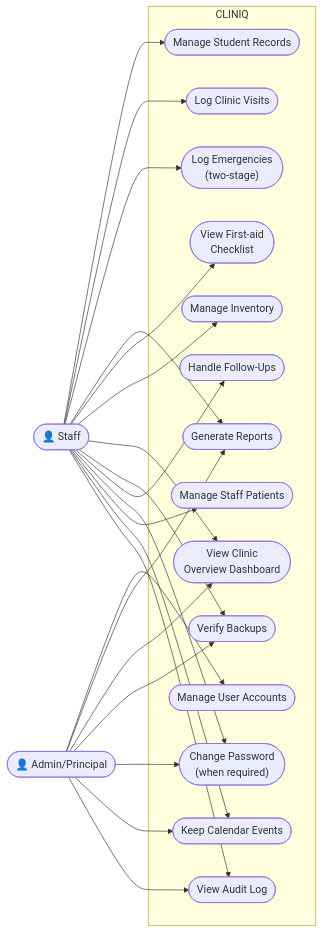
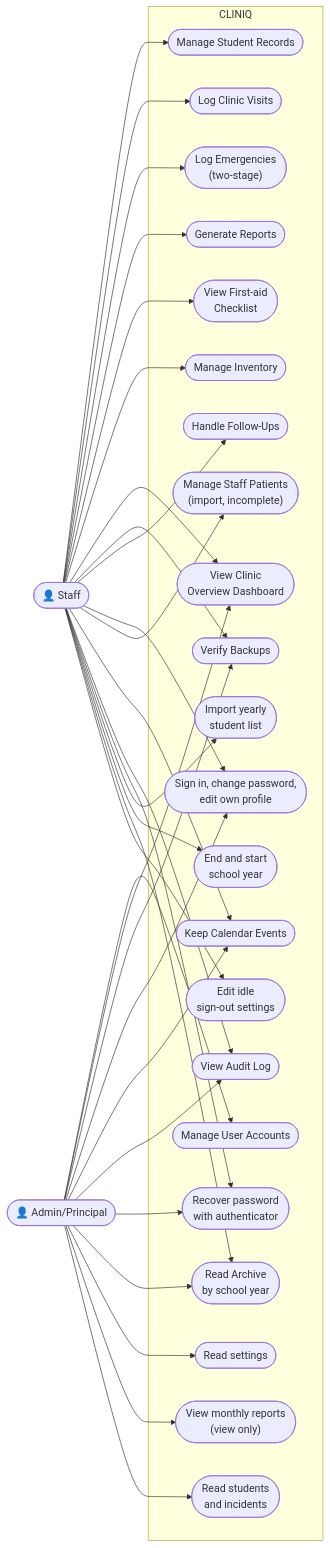
Before and after one commit to zekuuu/cliniq: the diagram in CLINIQ-Knowledge-Base/02-Architecture/Database/Use-Case-Diagram.md, drawn with Mermaid. The commit also changed other lines of this file and 74 other files, not shown here.

Commit message:
docs(diagrams): updated and new diagrams with SVG and PNG exports

````diff
--- a/CLINIQ-Knowledge-Base/02-Architecture/Database/Use-Case-Diagram.md
+++ b/CLINIQ-Knowledge-Base/02-Architecture/Database/Use-Case-Diagram.md
@@ -7,25 +7,33 @@
 ```mermaid
 flowchart LR
     STAFF(["👤 Staff"])
     ADMIN(["👤 Admin/Principal"])
 
     subgraph System["CLINIQ"]
         UC1(["Manage User Accounts"])
         UC2(["Manage Student Records"])
         UC3(["Log Clinic Visits"])
         UC4(["Log Emergencies<br/>(two-stage)"])
         UC5(["Generate Reports"])
         UC7(["View First-aid<br/>Checklist"])
         UC8(["Manage Inventory"])
         UC9(["View Clinic<br/>Overview Dashboard"])
         UC10(["Verify Backups"])
         UC11(["Handle Follow-Ups"])
-        UC12(["Change Password<br/>(when required)"])
-        UC13(["Manage Staff Patients"])
+        UC12(["Sign in, change password,<br/>edit own profile"])
+        UC13(["Manage Staff Patients<br/>(import, incomplete)"])
         UC14(["Keep Calendar Events"])
         UC15(["View Audit Log"])
+        UC16(["Recover password<br/>with authenticator"])
+        UC17(["Import yearly<br/>student list"])
+        UC18(["End and start<br/>school year"])
+        UC19(["Read Archive<br/>by school year"])
+        UC20(["Edit idle<br/>sign-out settings"])
+        UC21(["Read settings"])
+        UC22(["View monthly reports<br/>(view only)"])
+        UC23(["Read students<br/>and incidents"])
     end
 
-    STAFF --> UC2 & UC3 & UC4 & UC5 & UC7 & UC8 & UC9 & UC10 & UC11 & UC12 & UC13 & UC14 & UC15
-    ADMIN --> UC1 & UC5 & UC9 & UC10 & UC12 & UC14 & UC15
+    STAFF --> UC2 & UC3 & UC4 & UC5 & UC7 & UC8 & UC9 & UC10 & UC11 & UC12 & UC13 & UC14 & UC15 & UC16 & UC17 & UC18 & UC19 & UC20
+    ADMIN --> UC1 & UC9 & UC10 & UC12 & UC14 & UC15 & UC16 & UC19 & UC21 & UC22 & UC23
 ```
````
